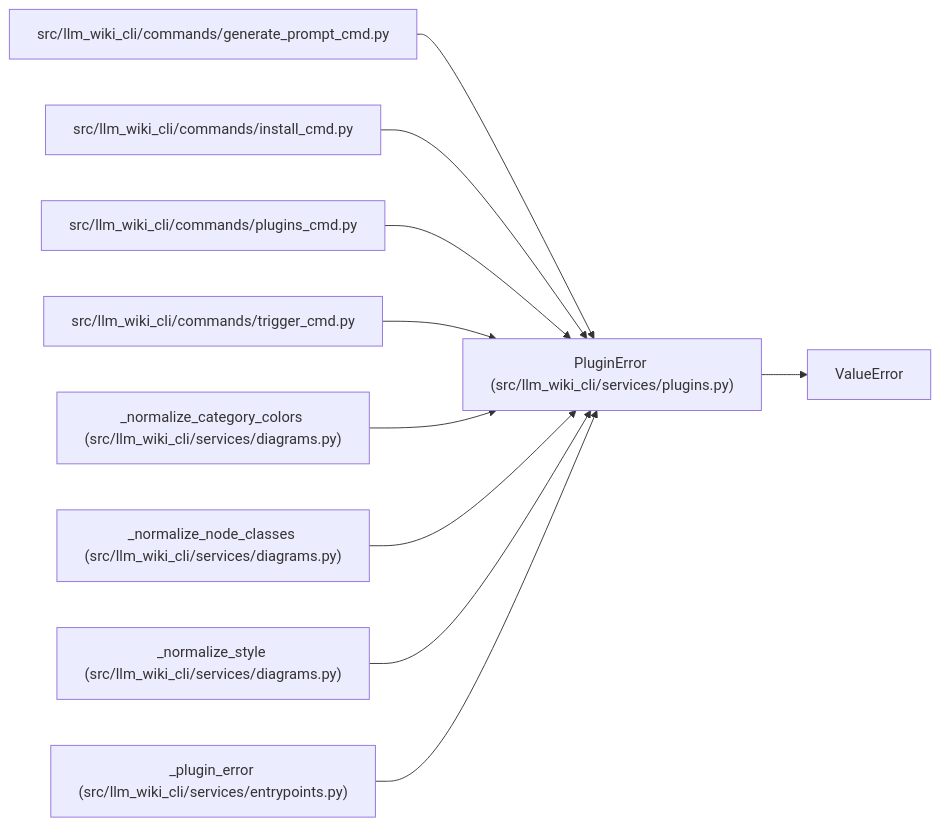
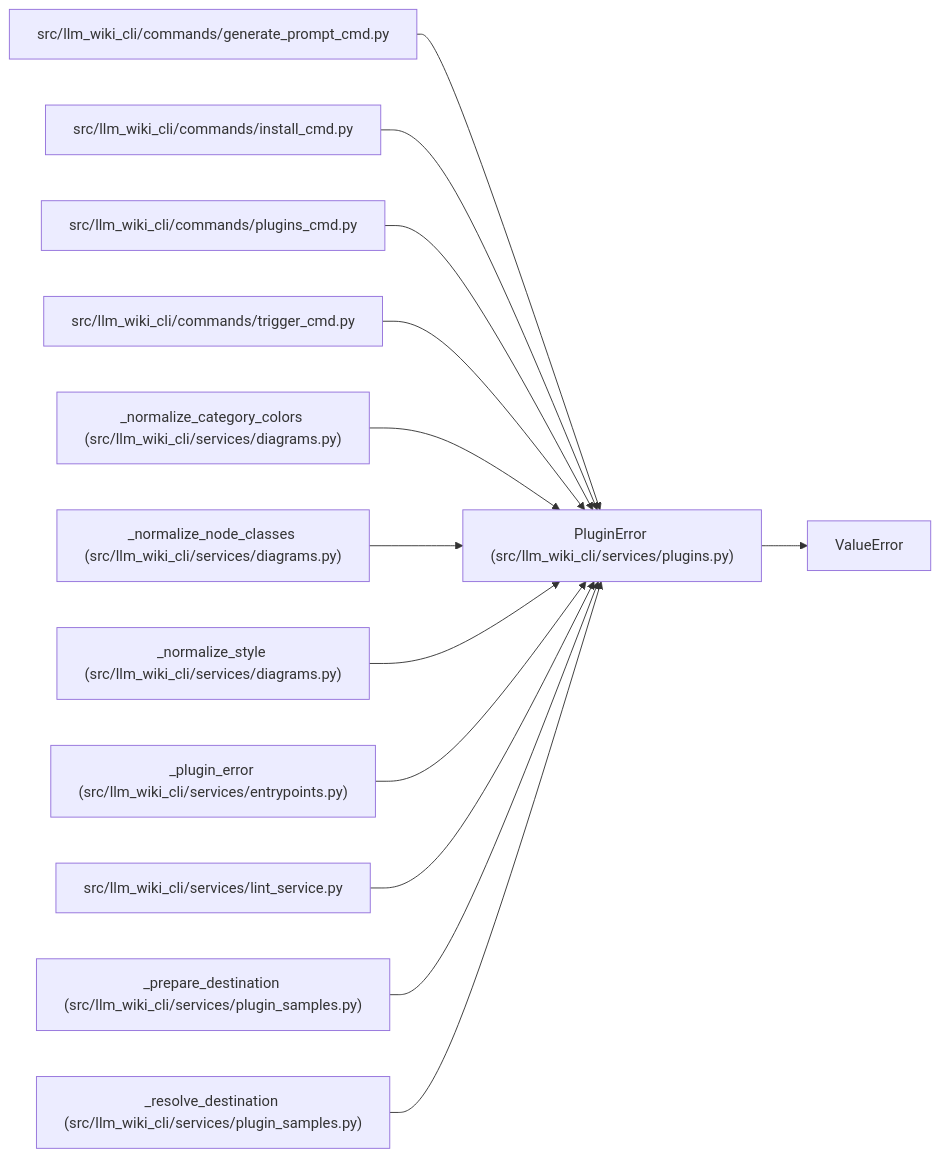
The diagram in docs/llm_wiki/entities/PluginError.md (Denissvgn/python-wiki-llm), drawn with Mermaid before and after one commit. The commit also changed other lines of this file and 493 other files, not shown here.

````diff
--- a/docs/llm_wiki/entities/PluginError.md
+++ b/docs/llm_wiki/entities/PluginError.md
@@ -23,31 +23,40 @@
 ```mermaid
 flowchart LR
     n0["PluginError (src/llm_wiki_cli/services/plugins.py)"]
     n1["ValueError"]
     n2["src/llm_wiki_cli/commands/generate_prompt_cmd.py"]
     n3["src/llm_wiki_cli/commands/install_cmd.py"]
     n4["src/llm_wiki_cli/commands/plugins_cmd.py"]
     n5["src/llm_wiki_cli/commands/trigger_cmd.py"]
     n6["_normalize_category_colors (src/llm_wiki_cli/services/diagrams.py)"]
     n7["_normalize_node_classes (src/llm_wiki_cli/services/diagrams.py)"]
     n8["_normalize_style (src/llm_wiki_cli/services/diagrams.py)"]
     n9["_plugin_error (src/llm_wiki_cli/services/entrypoints.py)"]
+    n10["src/llm_wiki_cli/services/lint_service.py"]
+    n11["_prepare_destination (src/llm_wiki_cli/services/plugin_samples.py)"]
+    n12["_resolve_destination (src/llm_wiki_cli/services/plugin_samples.py)"]
     n0 --> n1
     n2 --> n0
     n3 --> n0
     n4 --> n0
     n5 --> n0
     n6 --> n0
     n7 --> n0
     n8 --> n0
     n9 --> n0
+    n10 --> n0
+    n11 --> n0
+    n12 --> n0
     click n0 "../modules/plugins.md"
     click n2 "../modules/generate_prompt_cmd.md"
     click n3 "../modules/install_cmd.md"
     click n4 "../modules/plugins_cmd.md"
     click n5 "../modules/trigger_cmd.md"
     click n6 "../modules/diagrams.md"
     click n7 "../modules/diagrams.md"
     click n8 "../modules/diagrams.md"
     click n9 "../modules/entrypoints.md"
+    click n10 "../modules/lint_service.md"
+    click n11 "../modules/plugin_samples.md"
+    click n12 "../modules/plugin_samples.md"
 ```
````
